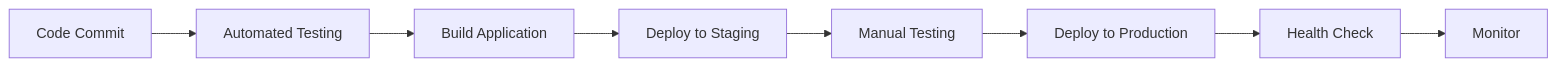
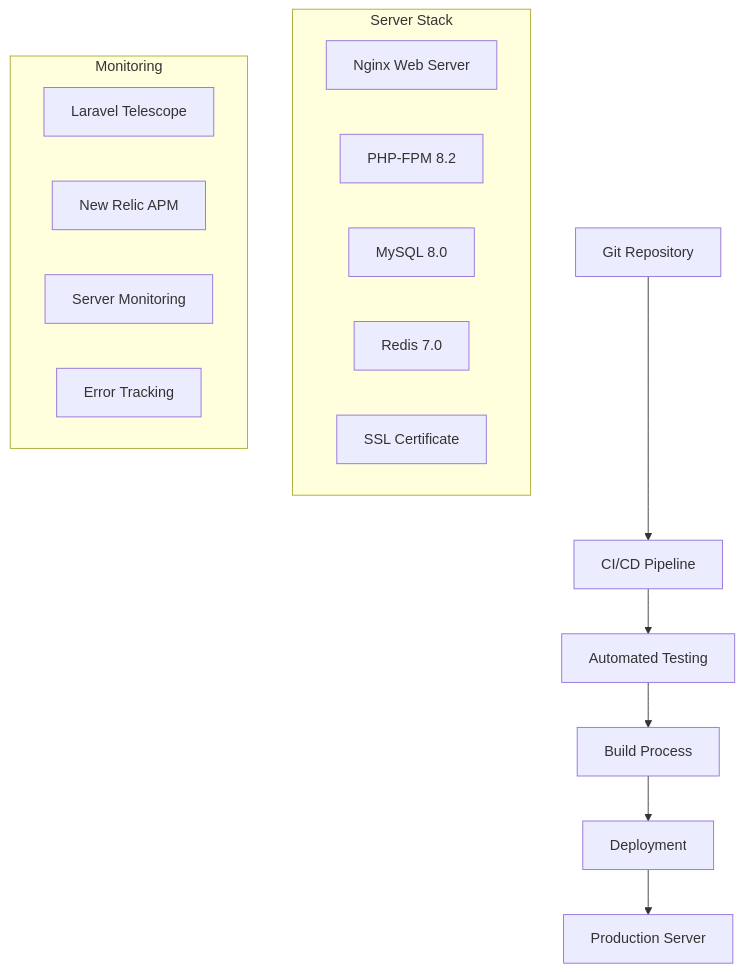
The sixth of 6 diagrams in Planing/04-arsitektur-sistem.md (BlackCoffeee/raujan_pool), drawn with Mermaid before and after one commit. The commit also changed other lines of this file and 4 other files, not shown here.

Commit message:
Update system documentation to include Guest Booking System, Google SSO Integration, and Mobile-First Web Application features, enhancing the overall functionality and user experience for Raujan Pool Syariah management system.

````diff
--- a/Planing/04-arsitektur-sistem.md
+++ b/Planing/04-arsitektur-sistem.md
@@ -451,10 +496,23 @@
 ```mermaid
-graph LR
-    A[Code Commit] --> B[Automated Testing]
-    B --> C[Build Application]
-    C --> D[Deploy to Staging]
-    D --> E[Manual Testing]
-    E --> F[Deploy to Production]
-    F --> G[Health Check]
-    G --> H[Monitor]
+graph TD
+    A[Git Repository] --> B[CI/CD Pipeline]
+    B --> C[Automated Testing]
+    C --> D[Build Process]
+    D --> E[Deployment]
+    E --> F[Production Server]
+
+    subgraph "Server Stack"
+        SS1[Nginx Web Server]
+        SS2[PHP-FPM 8.2]
+        SS3[MySQL 8.0]
+        SS4[Redis 7.0]
+        SS5[SSL Certificate]
+    end
+
+    subgraph "Monitoring"
+        M1[Laravel Telescope]
+        M2[New Relic APM]
+        M3[Server Monitoring]
+        M4[Error Tracking]
+    end
 ```
````
